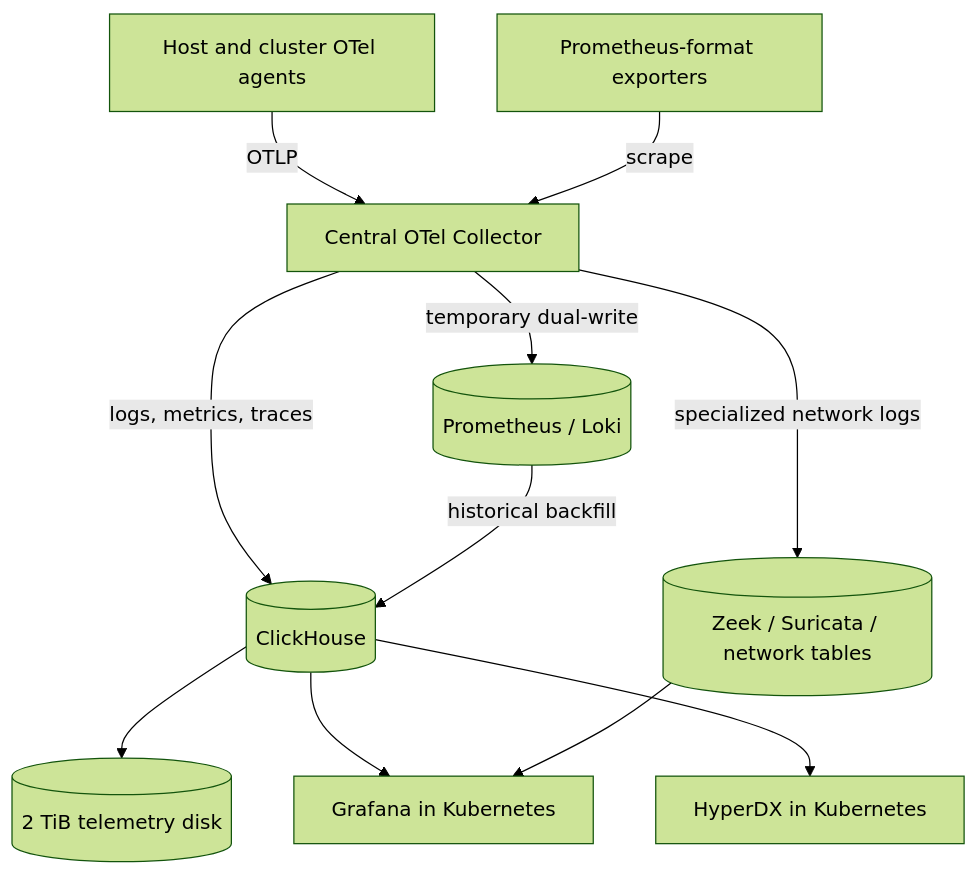
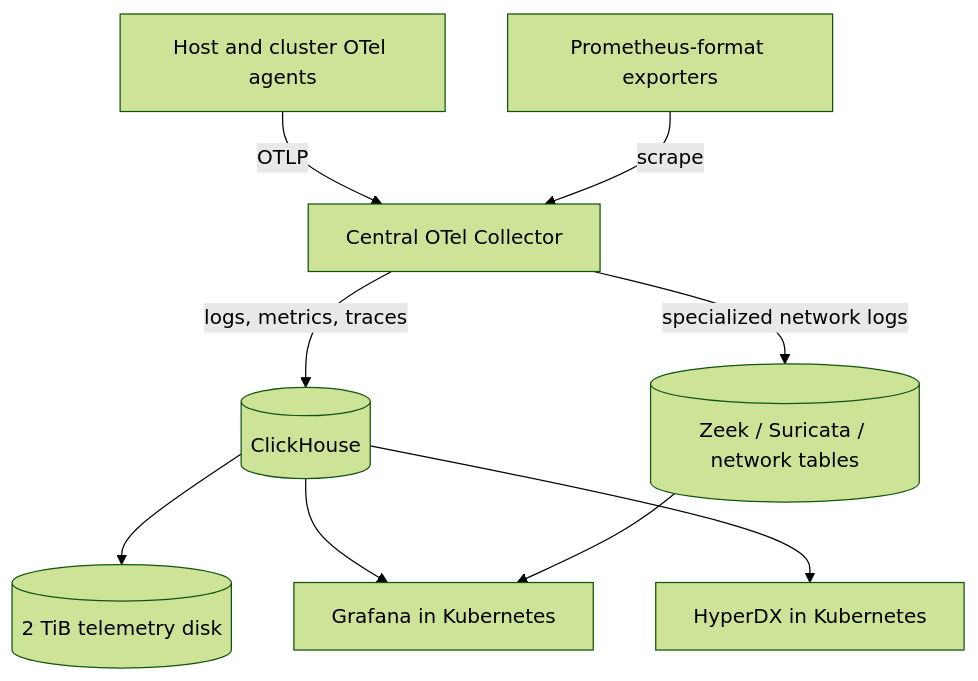
Before and after one commit to shedrachokonofua/aether: the diagram in docs/monitoring.md, drawn with Mermaid (forest theme). The commit also changed other lines of this file and 17 other files, not shown here.

First line of the commit message:
monitoring: retire Prometheus and Loki

````diff
--- a/docs/monitoring.md
+++ b/docs/monitoring.md
@@ -7,13 +7,11 @@
 ```mermaid
 flowchart TB
     Agent["Host and cluster OTel agents"] -->|OTLP| Collector["Central OTel Collector"]
     Exporters["Prometheus-format exporters"] -->|scrape| Collector
     Collector -->|logs, metrics, traces| ClickHouse[(ClickHouse)]
     Collector -->|specialized network logs| Typed[("Zeek / Suricata / network tables")]
     ClickHouse --> Disk[("2 TiB telemetry disk")]
     ClickHouse --> Grafana["Grafana in Kubernetes"]
     Typed --> Grafana
     ClickHouse --> HyperDX["HyperDX in Kubernetes"]
-    Collector -->|temporary dual-write| Legacy[("Prometheus / Loki")]
-    Legacy -->|historical backfill| ClickHouse
 ```
````
